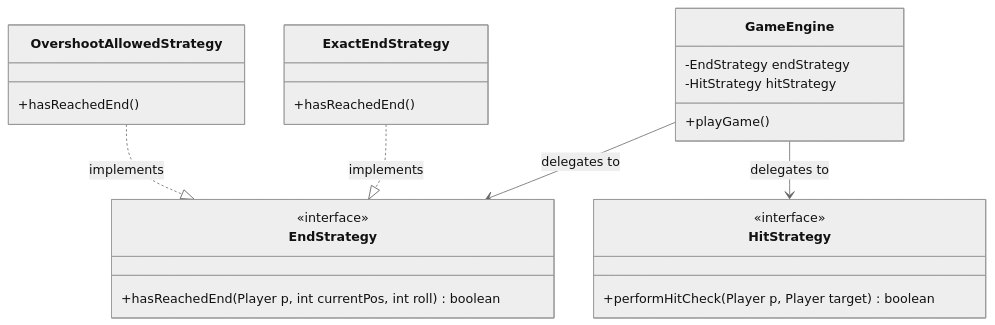
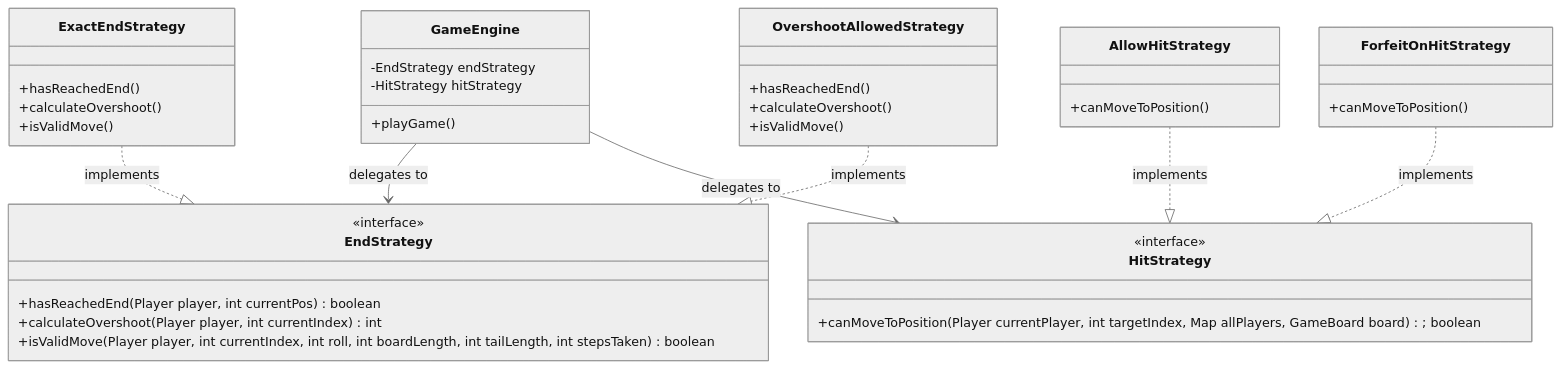
The fourth of 4 diagrams in README.md (daniel140280/Daniel_Hall_23748364), drawn with Mermaid (neutral theme) before and after one commit. The commit also changed other lines of this file, not shown here.

Commit message:
README check mermaid for Strategies

````diff
--- a/README.md
+++ b/README.md
@@ -127,30 +126,45 @@
 ```mermaid
 classDiagram
     class GameEngine {
         -EndStrategy endStrategy
         -HitStrategy hitStrategy
         +playGame()
     }
 
     class EndStrategy {
         <<interface>>
-        +hasReachedEnd(Player p, int currentPos, int roll) boolean
+        +hasReachedEnd(Player player, int currentPos) boolean
+        +calculateOvershoot(Player player, int currentIndex) int
+        +isValidMove(Player player, int currentIndex, int roll, int boardLength, int tailLength, int stepsTaken) boolean
     }
 
     class HitStrategy {
         <<interface>>
-        +performHitCheck(Player p, Player target) boolean
-    }
-
-    class ExactEndStrategy {
-        +hasReachedEnd()
-    }
-    class OvershootAllowedStrategy {
-        +hasReachedEnd()
+        +canMoveToPosition(Player currentPlayer, int targetIndex, Map<Player, PlayersInGameContext> allPlayers, GameBoard board); boolean
     }
 
     GameEngine --> EndStrategy : delegates to
     GameEngine --> HitStrategy : delegates to
     ExactEndStrategy ..|> EndStrategy : implements
     OvershootAllowedStrategy ..|> EndStrategy : implements
+    AllowHitStrategy ..|> HitStrategy : implements
+    ForfeitOnHitStrategy ..|> HitStrategy : implements
+    
+    class ExactEndStrategy {
+        +hasReachedEnd()
+        +calculateOvershoot()
+        +isValidMove()
+    }
+    class OvershootAllowedStrategy {
+        +hasReachedEnd()
+        +calculateOvershoot()
+        +isValidMove()
+    }
+    
+    class AllowHitStrategy {
+        +canMoveToPosition()
+    }
+    class ForfeitOnHitStrategy {
+        +canMoveToPosition()
+    }
 ```
````
